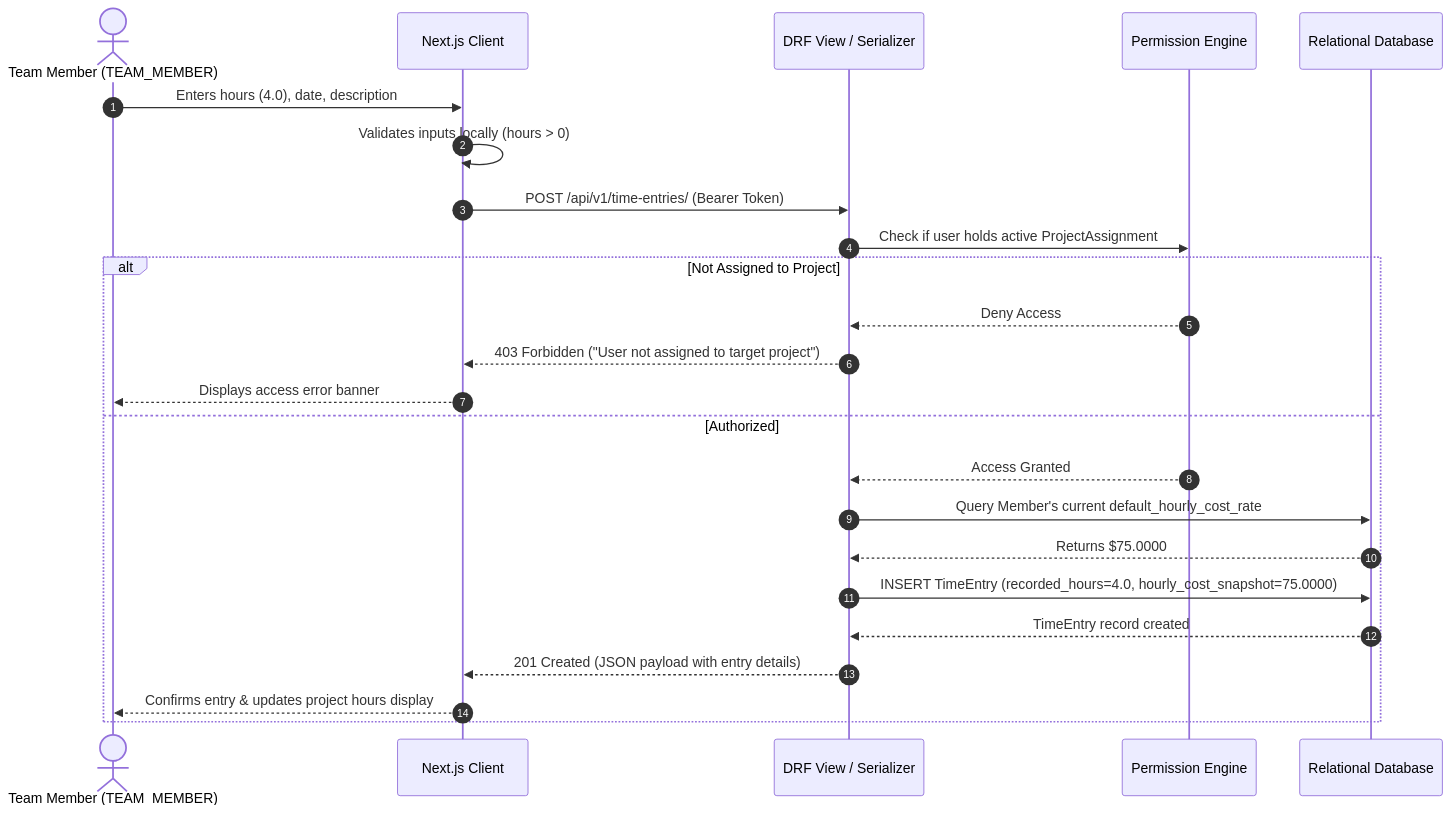
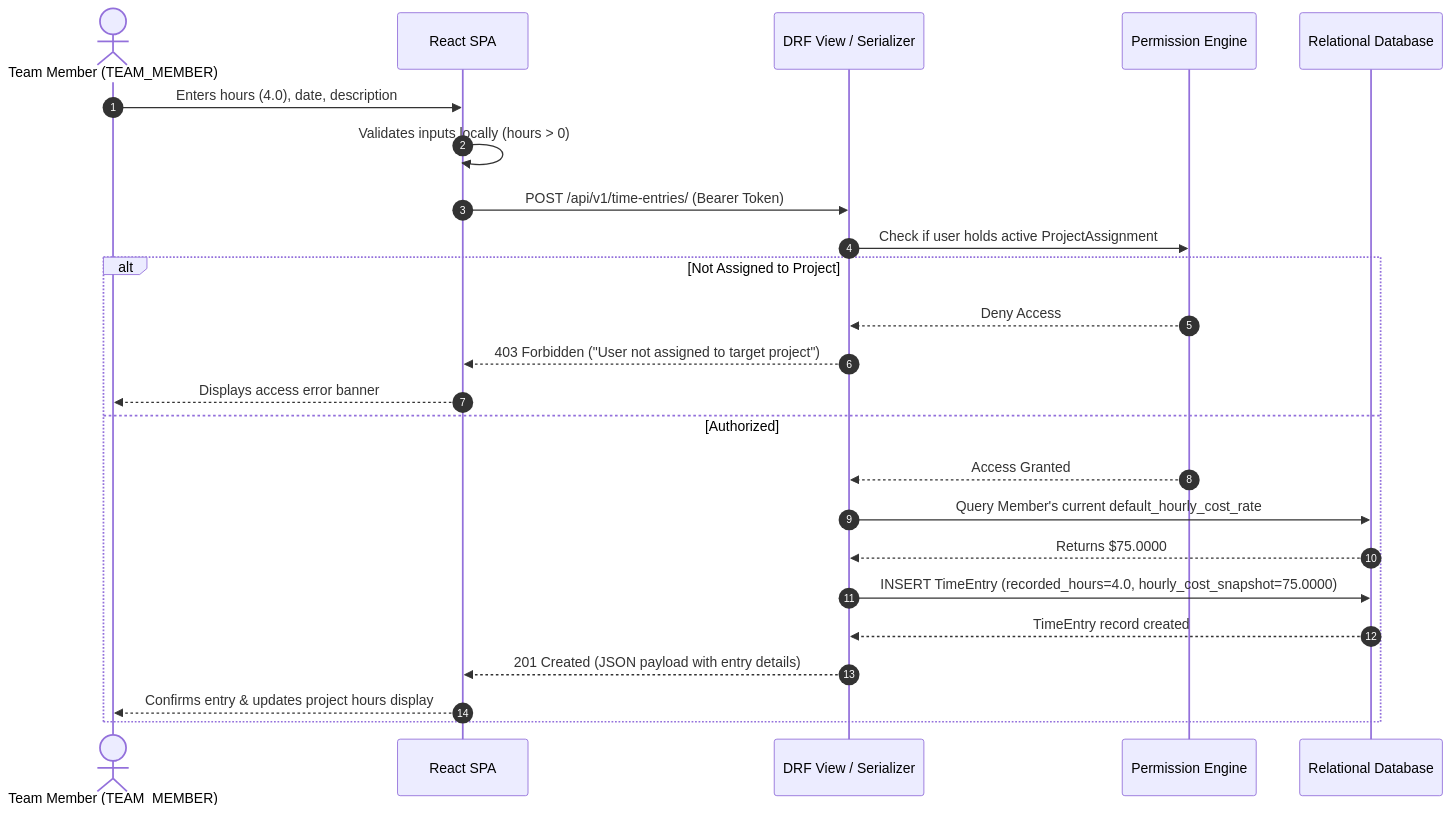
Before and after one commit to RafiAwes/margin_watch_ai: the second of 3 diagrams in docs/architecture.md, drawn with Mermaid. The commit also changed other lines of this file and 56 other files, not shown here.

````diff
--- a/docs/architecture.md
+++ b/docs/architecture.md
@@ -100,27 +100,27 @@
 ```mermaid
 sequenceDiagram
     autonumber
     actor Member as Team Member (TEAM_MEMBER)
-    participant FE as Next.js Client
+    participant FE as React SPA
     participant API as DRF View / Serializer
     participant Perm as Permission Engine
     participant DB as Relational Database
 
     Member->>FE: Enters hours (4.0), date, description
     FE->>FE: Validates inputs locally (hours > 0)
     FE->>API: POST /api/v1/time-entries/ (Bearer Token)
     API->>Perm: Check if user holds active ProjectAssignment
     alt Not Assigned to Project
         Perm-->>API: Deny Access
         API-->>FE: 403 Forbidden ("User not assigned to target project")
         FE-->>Member: Displays access error banner
     else Authorized
         Perm-->>API: Access Granted
         API->>DB: Query Member's current default_hourly_cost_rate
         DB-->>API: Returns $75.0000
         API->>DB: INSERT TimeEntry (recorded_hours=4.0, hourly_cost_snapshot=75.0000)
         DB-->>API: TimeEntry record created
         API-->>FE: 201 Created (JSON payload with entry details)
         FE-->>Member: Confirms entry & updates project hours display
     end
 ```
````
